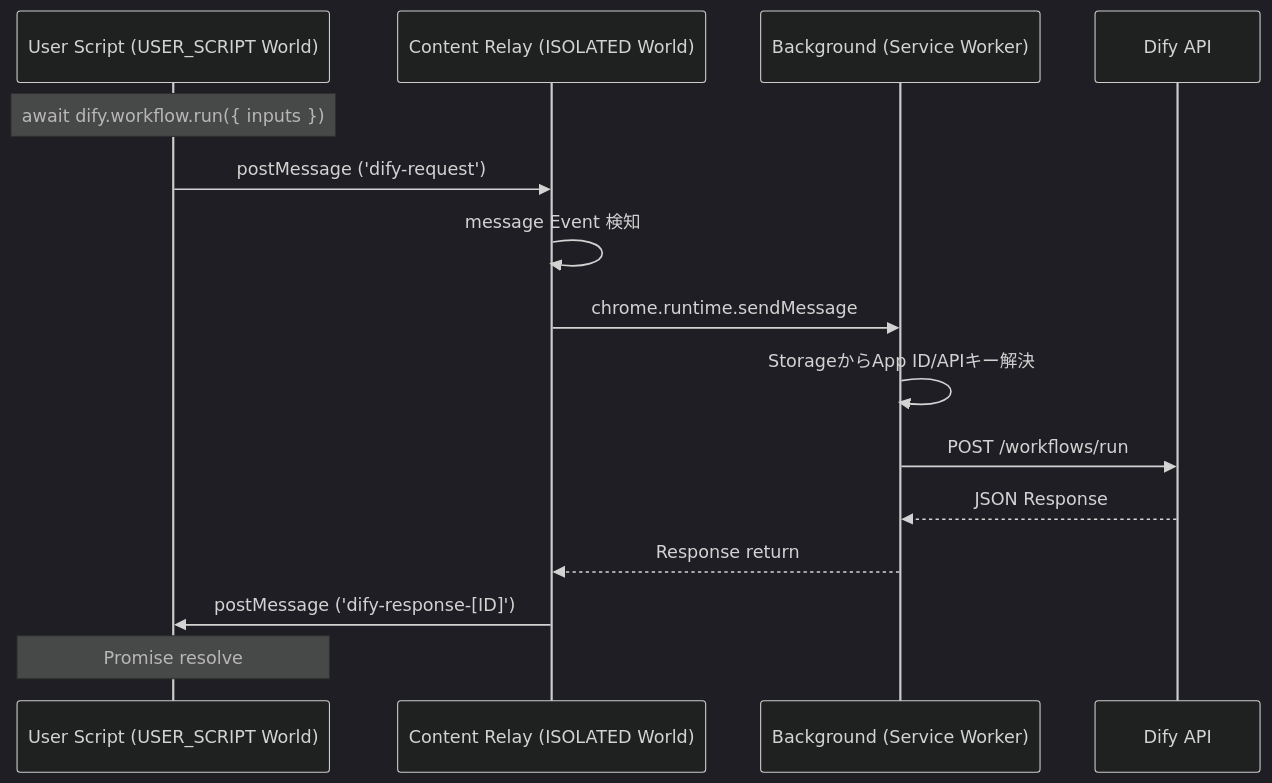
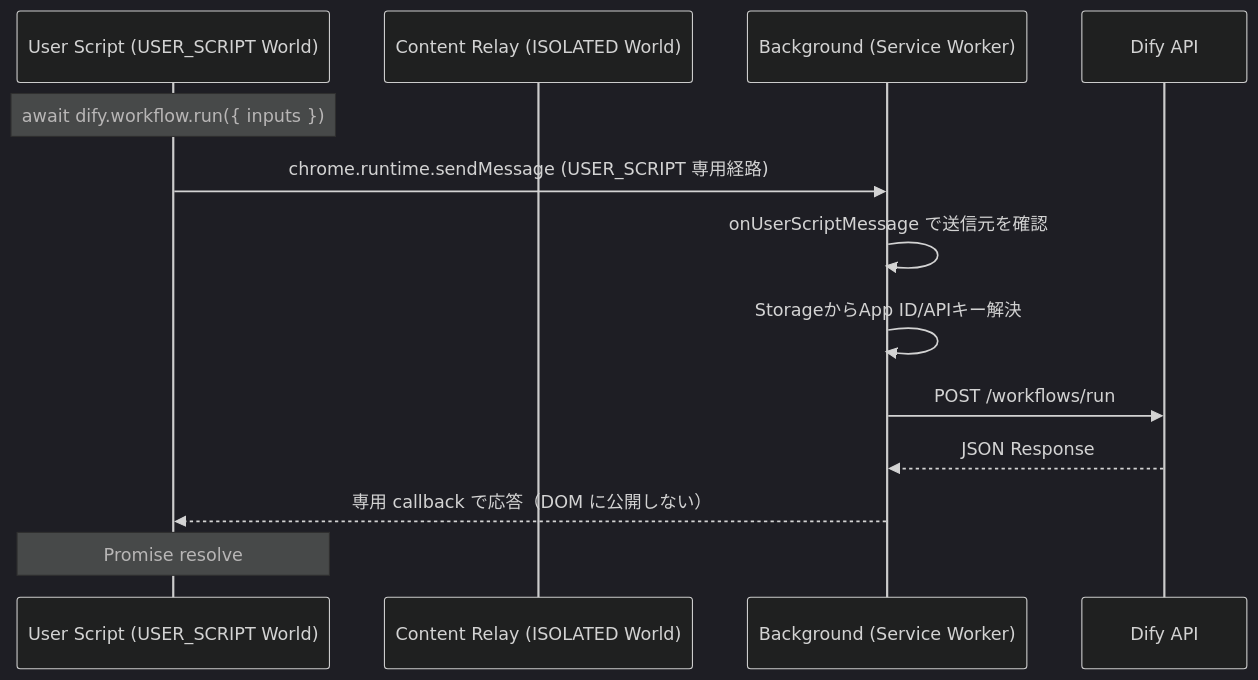
The first of 2 diagrams in DESIGN.md (maru0014/dify-monkey), drawn with Mermaid (dark theme) before and after one commit. The commit also changed other lines of this file and 8 other files, not shown here.

````diff
--- a/DESIGN.md
+++ b/DESIGN.md
@@ -51,19 +51,17 @@
 ```mermaid
 sequenceDiagram
     participant U as User Script (USER_SCRIPT World)
     participant C as Content Relay (ISOLATED World)
     participant B as Background (Service Worker)
     participant D as Dify API
 
     Note over U: await dify.workflow.run({ inputs })
-    U->>C: postMessage ('dify-request')
-    C->>C: message Event 検知
-    C->>B: chrome.runtime.sendMessage
+    U->>B: chrome.runtime.sendMessage (USER_SCRIPT 専用経路)
+    B->>B: onUserScriptMessage で送信元を確認
     B->>B: StorageからApp ID/APIキー解決
     B->>D: POST /workflows/run
     D-->>B: JSON Response
-    B-->>C: Response return
-    C->>U: postMessage ('dify-response-[ID]')
+    B-->>U: 専用 callback で応答（DOM に公開しない）
     Note over U: Promise resolve
 
 ```
````
